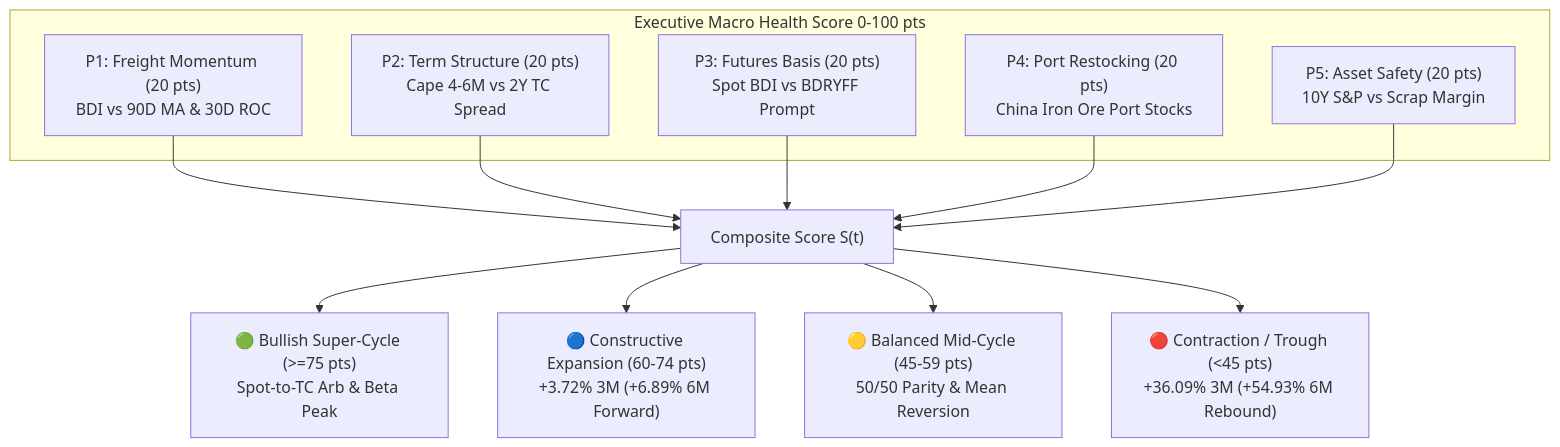
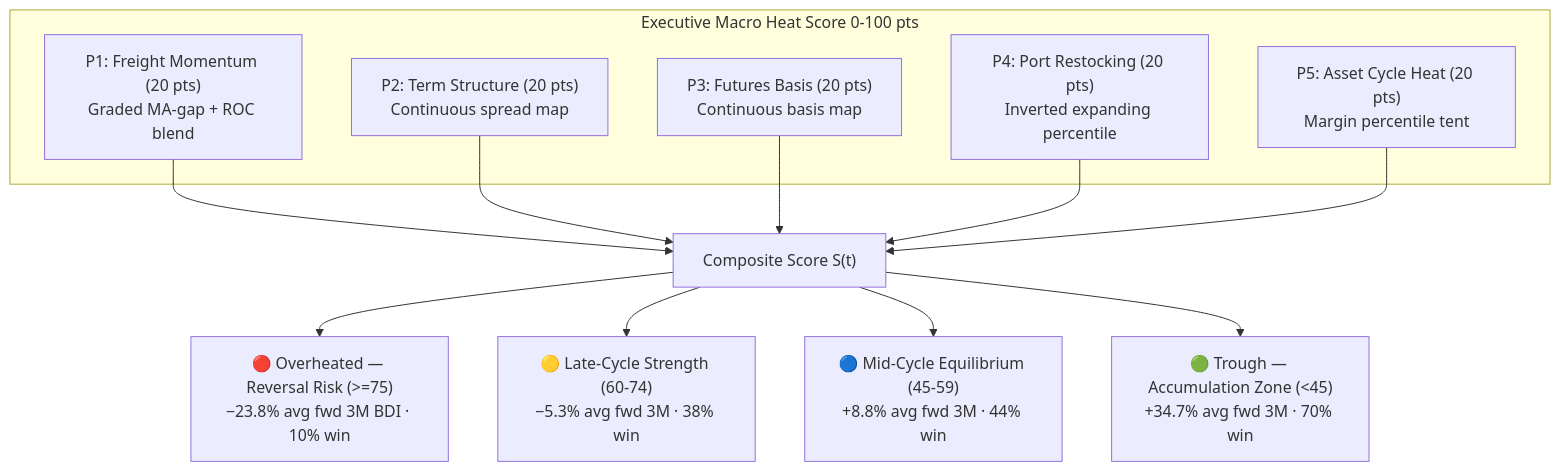
Before and after one commit to yieldchaser/Shipping: the second of 4 diagrams in README.md, drawn with Mermaid. The commit also changed other lines of this file and 4 other files, not shown here.

First line of the commit message:
feat!: Macro Heat Score v2 - evidence-based engine recalibration

````diff
--- a/README.md
+++ b/README.md
@@ -430,15 +432,15 @@
 ```mermaid
 graph TD
-    subgraph Macro_Health_Composite [Executive Macro Health Score 0-100 pts]
-        P1["P1: Freight Momentum (20 pts)<br/>BDI vs 90D MA & 30D ROC"]
-        P2["P2: Term Structure (20 pts)<br/>Cape 4-6M vs 2Y TC Spread"]
-        P3["P3: Futures Basis (20 pts)<br/>Spot BDI vs BDRYFF Prompt"]
-        P4["P4: Port Restocking (20 pts)<br/>China Iron Ore Port Stocks"]
-        P5["P5: Asset Safety (20 pts)<br/>10Y S&P vs Scrap Margin"]
+    subgraph Macro_Heat_Composite [Executive Macro Heat Score 0-100 pts]
+        P1["P1: Freight Momentum (20 pts)<br/>Graded MA-gap + ROC blend"]
+        P2["P2: Term Structure (20 pts)<br/>Continuous spread map"]
+        P3["P3: Futures Basis (20 pts)<br/>Continuous basis map"]
+        P4["P4: Port Restocking (20 pts)<br/>Inverted expanding percentile"]
+        P5["P5: Asset Cycle Heat (20 pts)<br/>Margin percentile tent"]
     end
     P1 & P2 & P3 & P4 & P5 --> Total["Composite Score S(t)"]
-    Total --> Bull["🟢 Bullish Super-Cycle (>=75 pts)<br/>Spot-to-TC Arb & Beta Peak"]
-    Total --> Constructive["🔵 Constructive Expansion (60-74 pts)<br/>+3.72% 3M (+6.89% 6M Forward)"]
-    Total --> Mid["🟡 Balanced Mid-Cycle (45-59 pts)<br/>50/50 Parity & Mean Reversion"]
-    Total --> Trough["🔴 Contraction / Trough (<45 pts)<br/>+36.09% 3M (+54.93% 6M Rebound)"]
+    Total --> Hot["🔴 Overheated — Reversal Risk (>=75)<br/>−23.8% avg fwd 3M BDI · 10% win"]
+    Total --> Late["🟡 Late-Cycle Strength (60-74)<br/>−5.3% avg fwd 3M · 38% win"]
+    Total --> Mid["🔵 Mid-Cycle Equilibrium (45-59)<br/>+8.8% avg fwd 3M · 44% win"]
+    Total --> Trough["🟢 Trough — Accumulation Zone (<45)<br/>+34.7% avg fwd 3M · 70% win"]
 ```
````
